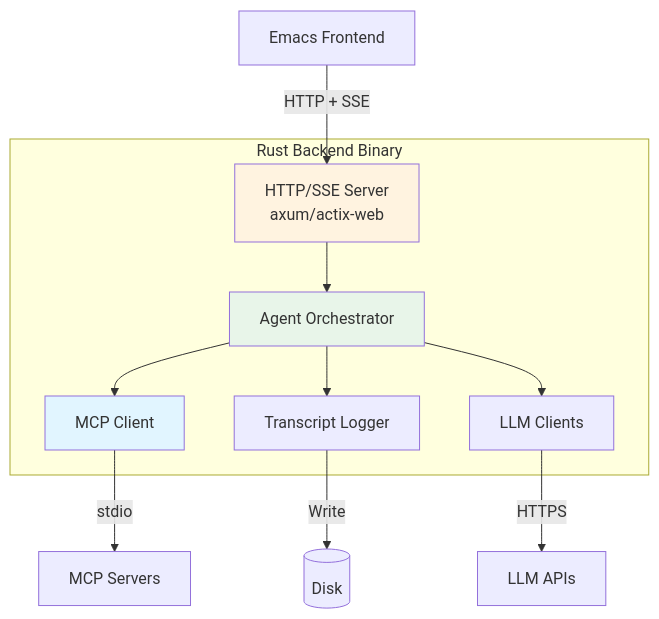
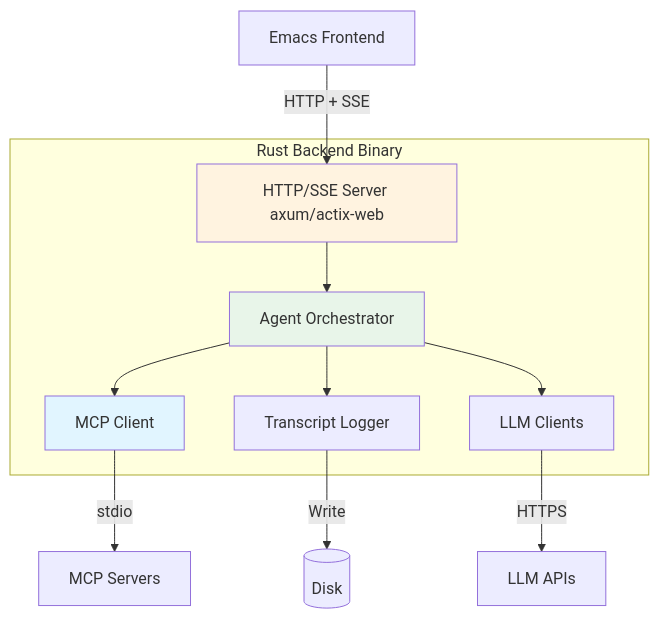
The first of 2 diagrams in wiki/Rust-Backend.md (softwarewrighter/emacs-agent), drawn with Mermaid before and after one commit. The commit also changed 7 other files, not shown here.

First line of the commit message:
Fix wiki Mermaid diagrams: remove <br/> tags

````diff
--- a/wiki/Rust-Backend.md
+++ b/wiki/Rust-Backend.md
@@ -11,24 +11,24 @@
 ```mermaid
 graph TB
     subgraph "Rust Backend Binary"
-        HTTP[HTTP/SSE Server<br/>axum/actix-web]
+        HTTP[HTTP/SSE Server axum/actix-web]
         ORCH[Agent Orchestrator]
         MCP[MCP Client]
         TRANS[Transcript Logger]
         LLM_CLIENT[LLM Clients]
     end
 
     EMACS[Emacs Frontend] -->|HTTP + SSE| HTTP
     HTTP --> ORCH
     ORCH --> MCP
     ORCH --> TRANS
     ORCH --> LLM_CLIENT
 
     MCP -->|stdio| MCP_SERVERS[MCP Servers]
     LLM_CLIENT -->|HTTPS| APIS[LLM APIs]
     TRANS -->|Write| DISK[(Disk)]
 
     style HTTP fill:#fff3e0
     style ORCH fill:#e8f5e9
     style MCP fill:#e1f5ff
 ```
````
